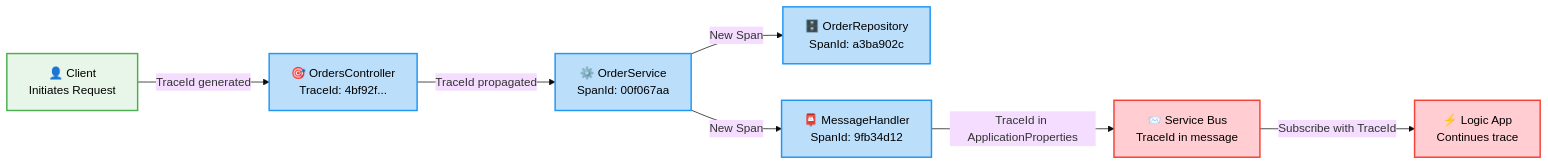
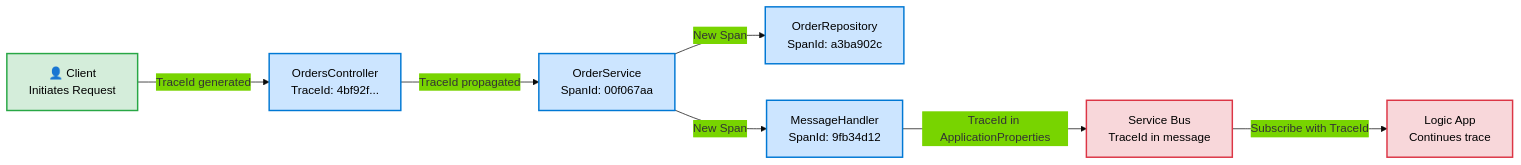
Diagram 11 of 13 in docs/architecture/business-layer-architecture.md (Evilazaro/Azure-LogicApps-Monitoring), drawn with Mermaid before and after one commit. The commit also changed other lines of this file and 1 other file, not shown here.

````diff
--- a/docs/architecture/business-layer-architecture.md
+++ b/docs/architecture/business-layer-architecture.md
@@ -1244,33 +1284,35 @@
 ```mermaid
 ---
 config:
   theme: base
+  themeVariables:
+    primaryColor: "#0078D4"
 ---
 graph LR
     accTitle: Distributed Trace Propagation
     accDescr: Shows how trace context flows through the system from client to external services
 
     client["👤 Client<br/>Initiates Request"]
-    controller["🎯 OrdersController<br/>TraceId: 4bf92f..."]
-    service["⚙️ OrderService<br/>SpanId: 00f067aa"]
-    repo["🗄️ OrderRepository<br/>SpanId: a3ba902c"]
-    handler["📮 MessageHandler<br/>SpanId: 9fb34d12"]
-    servicebus["📨 Service Bus<br/>TraceId in message"]
-    logicapp["⚡ Logic App<br/>Continues trace"]
+    controller["OrdersController<br/>TraceId: 4bf92f..."]
+    service["OrderService<br/>SpanId: 00f067aa"]
+    repo["OrderRepository<br/>SpanId: a3ba902c"]
+    handler["MessageHandler<br/>SpanId: 9fb34d12"]
+    servicebus["Service Bus<br/>TraceId in message"]
+    logicapp["Logic App<br/>Continues trace"]
 
     client -->|"TraceId generated"| controller
     controller -->|"TraceId propagated"| service
     service -->|"New Span"| repo
     service -->|"New Span"| handler
     handler -->|"TraceId in ApplicationProperties"| servicebus
     servicebus -->|"Subscribe with TraceId"| logicapp
 
-    %% Styling with explicit hex colors (Microsoft Fluent UI / Azure palette)
-    classDef clientStyle fill:#E8F5E9,stroke:#4CAF50,stroke-width:2px,color:#000
-    classDef internalStyle fill:#BBDEFB,stroke:#2196F3,stroke-width:2px,color:#000
-    classDef externalStyle fill:#FFCDD2,stroke:#F44336,stroke-width:2px,color:#000
+    %% Styling
+    classDef clientStyle fill:#D4EDDA,stroke:#28A745,stroke-width:2px,color:#000
+    classDef internalStyle fill:#CCE5FF,stroke:#0078D4,stroke-width:2px,color:#000
+    classDef externalStyle fill:#F8D7DA,stroke:#DC3545,stroke-width:2px,color:#000
 
     class client clientStyle
     class controller,service,repo,handler internalStyle
     class servicebus,logicapp externalStyle
 ```
````
